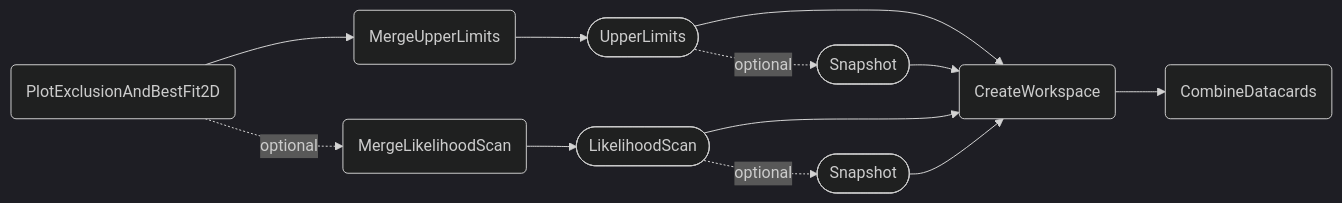
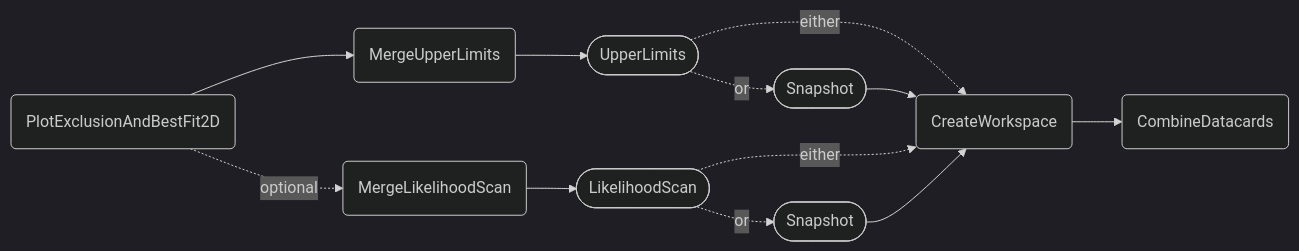
Before and after one commit to cms-hh/inference_tools: the second of 2 diagrams in docs/content/tasks/exclusion.md, drawn with Mermaid (dark theme). The commit also changed 5 other files, not shown here.

````diff
--- a/docs/content/tasks/exclusion.md
+++ b/docs/content/tasks/exclusion.md
@@ -147,14 +147,14 @@
 ```mermaid
 graph LR;
     A(PlotExclusionAndBestFit2D) --> B(MergeUpperLimits);
     A -. optional .-> C(MergeLikelihoodScan);
     B --> D([UpperLimits]);
-    D --> F(CreateWorkspace);
+    D -. either .-> F(CreateWorkspace);
     F --> G(CombineDatacards);
     C --> E([LikelihoodScan]);
-    E --> F;
-    D -. optional .-> H([Snapshot]);
-    E -. optional .-> I([Snapshot]);
+    E -. either .-> F;
+    D -. or .-> H([Snapshot]);
+    E -. or .-> I([Snapshot]);
     H --> F;
     I --> F;
 ```
````
